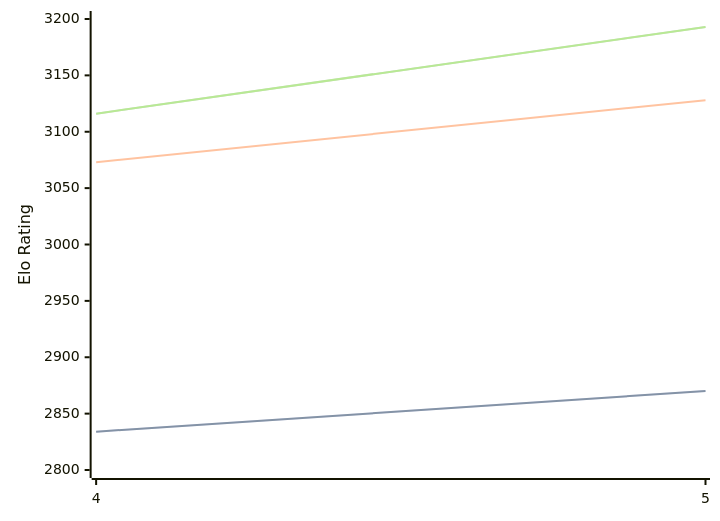
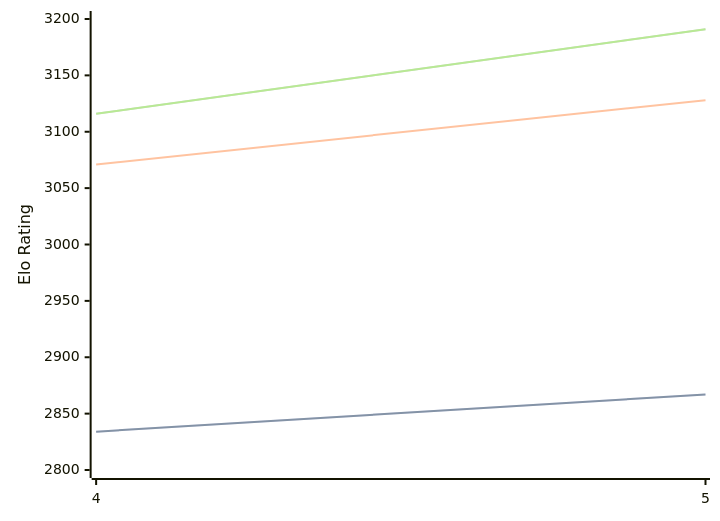
The diagram in engines/Cwtch.md (computer-chess-index/cci), drawn with Mermaid before and after one commit. The commit also changed other lines of this file, not shown here.

Commit message:
Update CCI Ratings (ELO VLTC) - 2026-06-09

````diff
--- a/engines/Cwtch.md
+++ b/engines/Cwtch.md
@@ -34,11 +34,11 @@
 ```mermaid
 %%{init: {"theme":"base","themeVariables":{"seriesColors:['#a3a3a3','#222221','#faa371']}}}%%
 xychart-beta
   x-axis ["4", "5"]
   y-axis "Elo Rating" 2800 --> 3200
-  line "STC (8.0+0.08s)" [2834, 2870]
-  line "STC (8.0+0.08s)" [2834, 2870]
-  line "LTC (60.0+0.60s)" [3073, 3128]
-  line "VLTC (2m24s+1.12s)" [3116, 3193]
-  line "VLTC (2m24s+1.12s)" [3116, 3193]
+  line "STC (8.0+0.08s)" [2834, 2867]
+  line "STC (8.0+0.08s)" [2834, 2867]
+  line "LTC (60.0+0.60s)" [3071, 3128]
+  line "VLTC (2m24s+1.12s)" [3116, 3191]
+  line "VLTC (2m24s+1.12s)" [3116, 3191]
 ```
````
